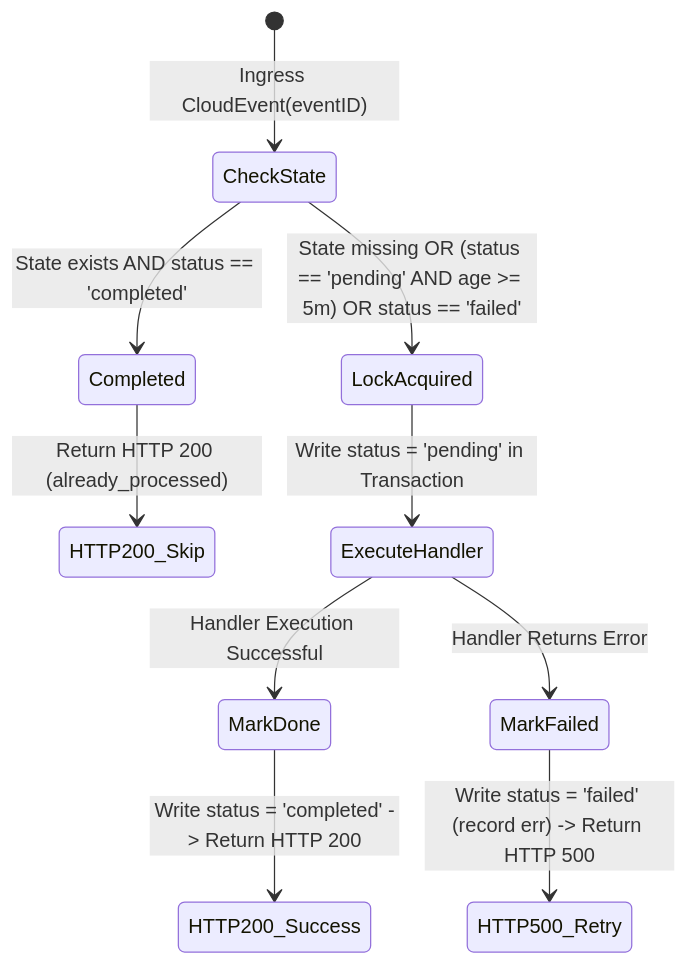
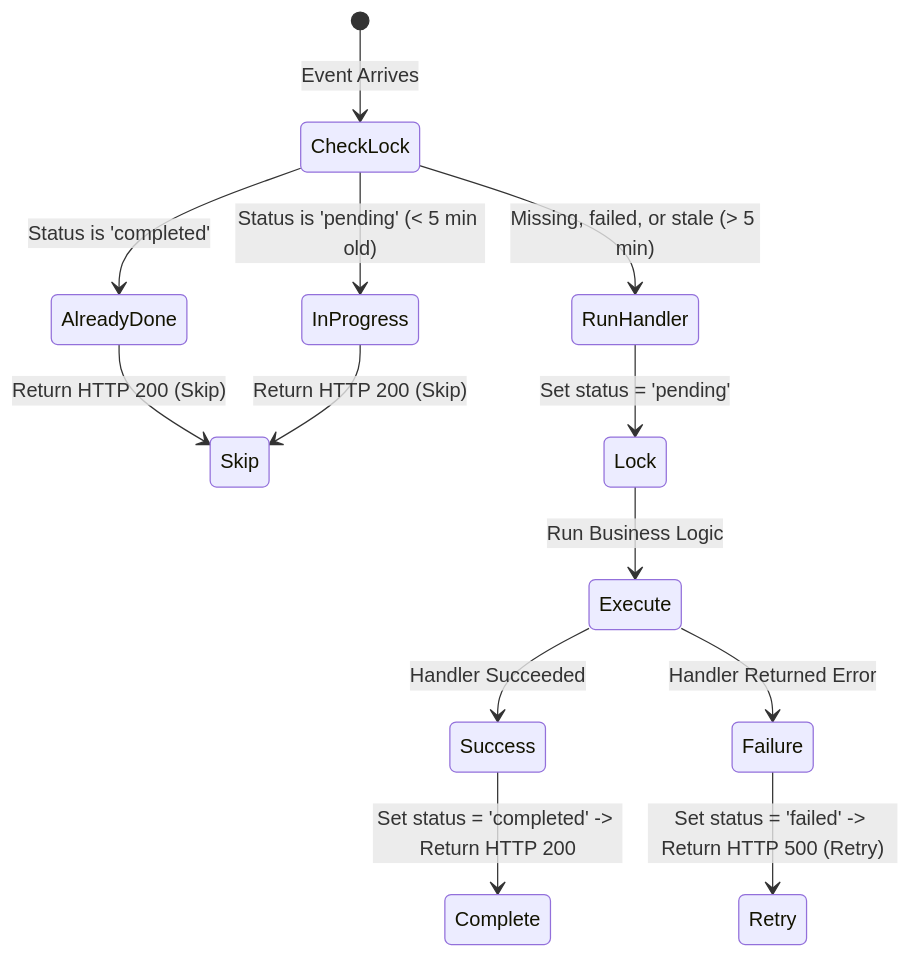
Before and after one commit to vkshdev/klubconnect: the second of 4 diagrams in BACKEND_DESIGN.md, drawn with Mermaid. The commit also changed other lines of this file and 1 other file, not shown here.

Commit message:
updated and refactor architecture docs

````diff
--- a/BACKEND_DESIGN.md
+++ b/BACKEND_DESIGN.md
@@ -87,15 +73,18 @@
 ```mermaid
 stateDiagram-v2
-    [*] --> CheckState: Ingress CloudEvent(eventID)
-    CheckState --> Completed: State exists AND status == 'completed'
-    CheckState --> LockAcquired: State missing OR (status == 'pending' AND age >= 5m) OR status == 'failed'
+    [*] --> CheckLock: Event Arrives
+    CheckLock --> AlreadyDone: Status is 'completed'
+    CheckLock --> InProgress: Status is 'pending' (< 5 min old)
+    CheckLock --> RunHandler: Missing, failed, or stale (> 5 min)
     
-    Completed --> HTTP200_Skip: Return HTTP 200 (already_processed)
+    AlreadyDone --> Skip: Return HTTP 200 (Skip)
+    InProgress --> Skip: Return HTTP 200 (Skip)
     
-    LockAcquired --> ExecuteHandler: Write status = 'pending' in Transaction
-    ExecuteHandler --> MarkDone: Handler Execution Successful
-    ExecuteHandler --> MarkFailed: Handler Returns Error
+    RunHandler --> Lock: Set status = 'pending'
+    Lock --> Execute: Run Business Logic
+    Execute --> Success: Handler Succeeded
+    Execute --> Failure: Handler Returned Error
     
-    MarkDone --> HTTP200_Success: Write status = 'completed' -> Return HTTP 200
-    MarkFailed --> HTTP500_Retry: Write status = 'failed' (record err) -> Return HTTP 500
+    Success --> Complete: Set status = 'completed' -> Return HTTP 200
+    Failure --> Retry: Set status = 'failed' -> Return HTTP 500 (Retry)
 ```
````
